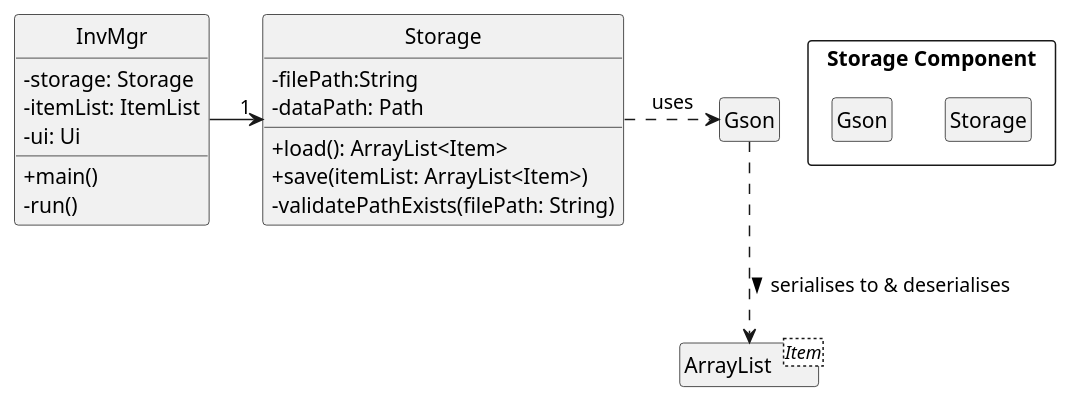
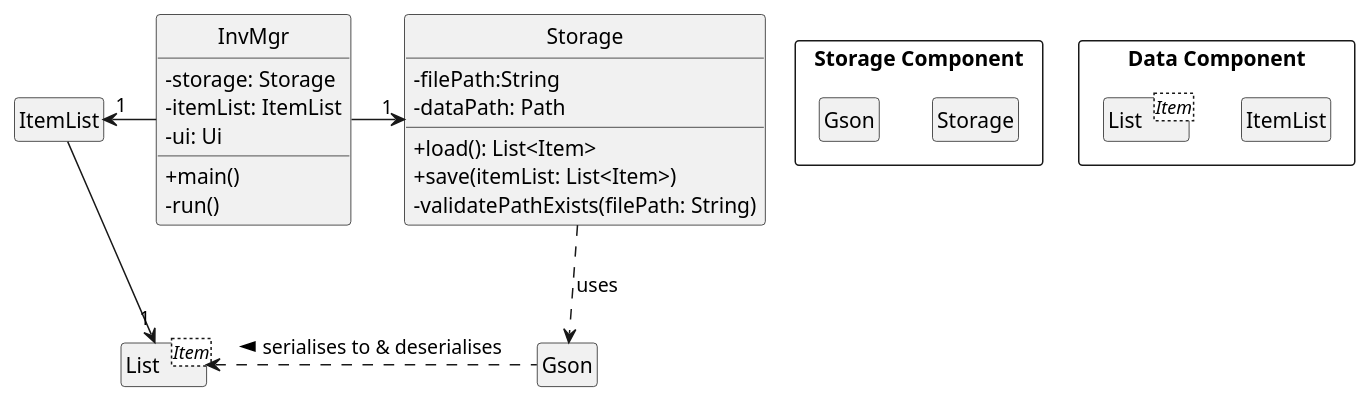
The diagram in docs/diagrams/StorageClassDiagram.puml (nus-cs2113-AY2122S2/tp), drawn with PlantUML before and after one commit. The commit also changed 3 other files, not shown here.

```diff
--- a/docs/diagrams/StorageClassDiagram.puml
+++ b/docs/diagrams/StorageClassDiagram.puml
@@ -1,40 +1,54 @@
 @startuml
 hide circle
 skinparam classAttributeIconSize 0
 hide empty members
 hide empty attributes
 
 package "Storage Component" <<Rectangle>> {
     class Storage
     class Gson
+}
+
+package "Data Component" <<Rectangle>> {
+    class ItemList
+    class List<Item>
 }
 
 class InvMgr {
     - storage: Storage
     - itemList: ItemList
     - ui: Ui
     + main()
     - run()
 }
 
 class Storage {
     - filePath:String
     - dataPath: Path
-    + load(): ArrayList<Item>
-    + save(itemList: ArrayList<Item>)
+    + load(): List<Item>
+    + save(itemList: List<Item>)
     - validatePathExists(filePath: String)
-
 }
 
 class Gson {
 
 }
 
-class ArrayList<Item> {
+class ItemList {
+
+}
+
+
+class List<Item> {
 
 }
 
 InvMgr -right-> "1" Storage
+InvMgr -left-> "1" ItemList
+
 Storage -[dashed]right-> Gson: uses
-Gson -[dashed]-> ArrayList: serialises to & deserialises >
+
+Gson -[dashed]left-> List: serialises to & deserialises >
+
+ItemList --> "1" List
 @enduml
```
